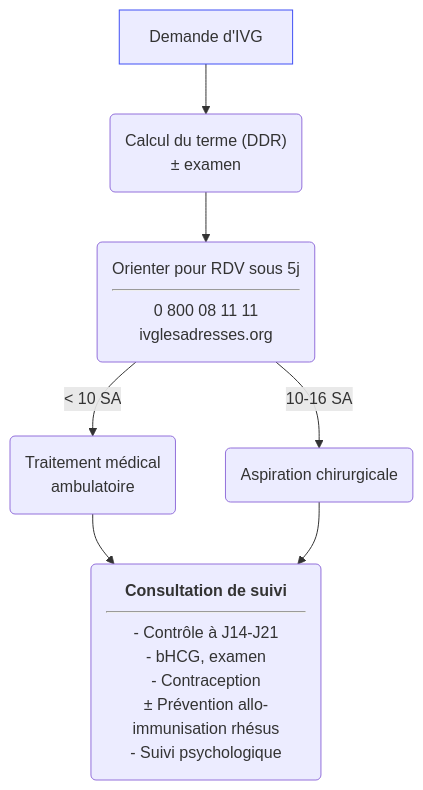
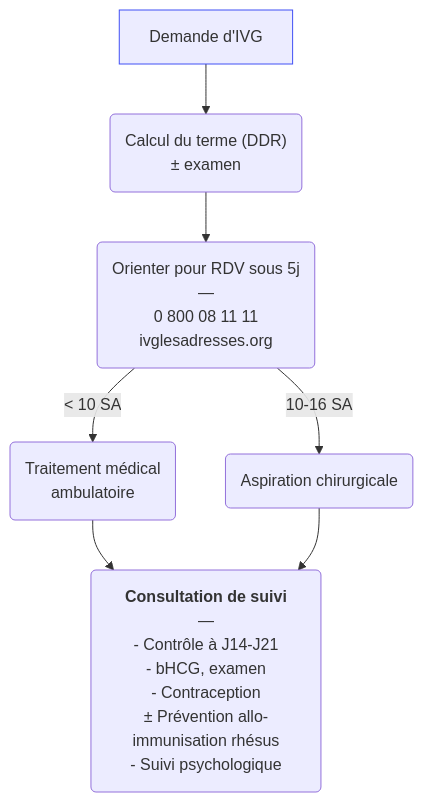
The diagram in content/recommandations/interruption-volontaire-grossesse.md (djibe/recommandations-medicales), drawn with Mermaid before and after one commit. The commit also changed 51 other files, not shown here.

```diff
--- a/content/recommandations/interruption-volontaire-grossesse.md
+++ b/content/recommandations/interruption-volontaire-grossesse.md
@@ -209,10 +209,10 @@
 {{< mermaid title="Prise en charge d'une IVG par le médecin généraliste en France. Dr JB Fron d'après HAS 2021 modifiée par loi 2022-295" >}}
 graph TB
   demande[Demande d'IVG]
   style demande stroke:#4150f5, stroke-width:1px
     demande --> cs("Calcul du terme (DDR)<br>&plusmn; examen")
-    cs --> orientation(Orienter pour RDV sous 5j<hr>0 800 08 11 11<br>ivglesadresses.org)
+    cs --> orientation(Orienter pour RDV sous 5j<br>—<br>0 800 08 11 11<br>ivglesadresses.org)
       orientation -- "&lt; 10 SA" --> med(Traitement médical<br>ambulatoire)
-        med --> suivi("<b>Consultation de suivi</b><hr>- Contrôle à J14-J21<br>- bHCG, examen<br>- Contraception<br>&plusmn; Prévention allo-immunisation rhésus<br>- Suivi psychologique")
+        med --> suivi("<b>Consultation de suivi</b><br>—<br>- Contrôle à J14-J21<br>- bHCG, examen<br>- Contraception<br>&plusmn; Prévention allo-immunisation rhésus<br>- Suivi psychologique")
       orientation -- 10-16 SA --> chir(Aspiration chirurgicale) --> suivi
 {{< /mermaid >}}
```
